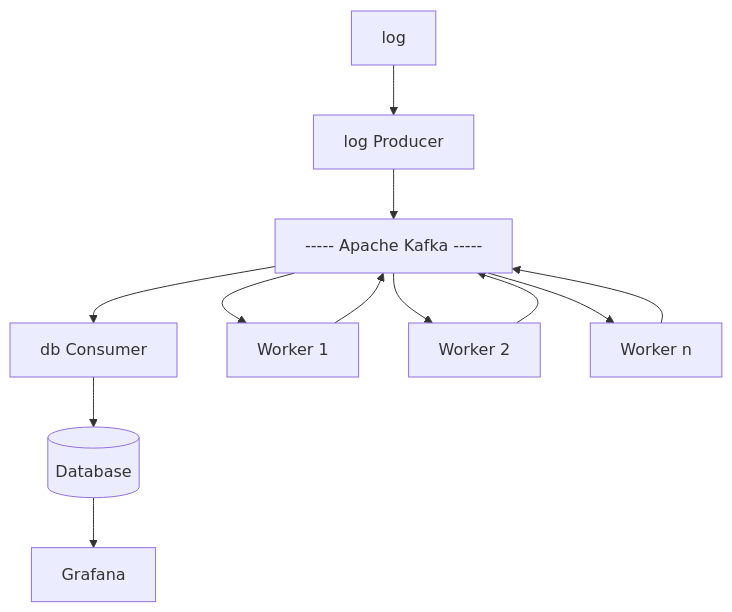
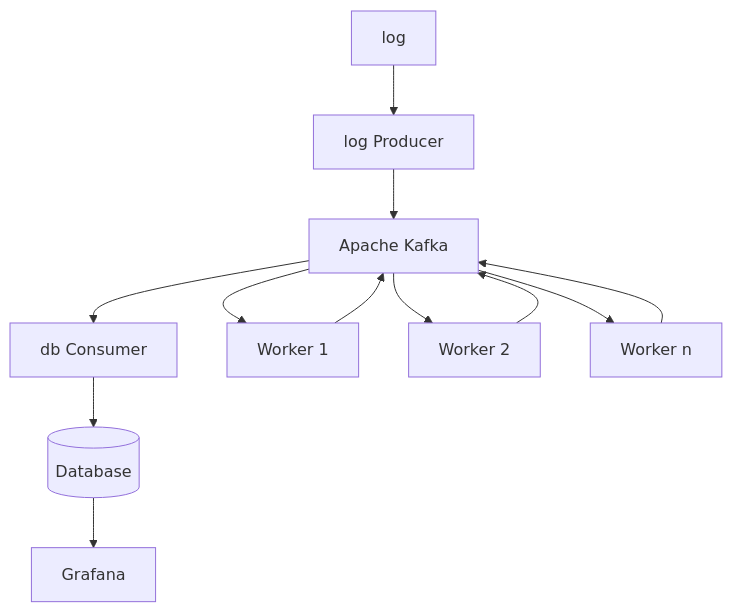
One commit to tomwey2/linux-syslog-analysis-with-kafka changed the diagram in README.md. Above: the diagram before and after it, drawn with Mermaid. The commit also changed other lines of this file, not shown here.

````diff
--- a/README.md
+++ b/README.md
@@ -27,17 +18,17 @@
 ```mermaid
 flowchart TD
-    idKafka[----- Apache Kafka -----]
+    idKafka[Apache Kafka]
     idDb[(Database)]
     idLog[log]
     idProducer[log Producer]
     idConsumer[db Consumer]
     idGrafana[Grafana]
     idWorker1[Worker 1]
     idWorker2[Worker 2]
     idWorkerN[Worker n]
-    idLog --> idProducer --> idKafka
-    idKafka --> idWorker1 --> idKafka
-    idKafka --> idWorker2 --> idKafka
-    idKafka --> idWorkerN --> idKafka
-    idKafka --> idConsumer --> idDb --> idGrafana
+    idLog-->idProducer-->idKafka
+    idKafka-->idWorker1-->idKafka
+    idKafka-->idWorker2-->idKafka
+    idKafka-->idWorkerN-->idKafka
+    idKafka-->idConsumer-->idDb-->idGrafana
 ```
````
